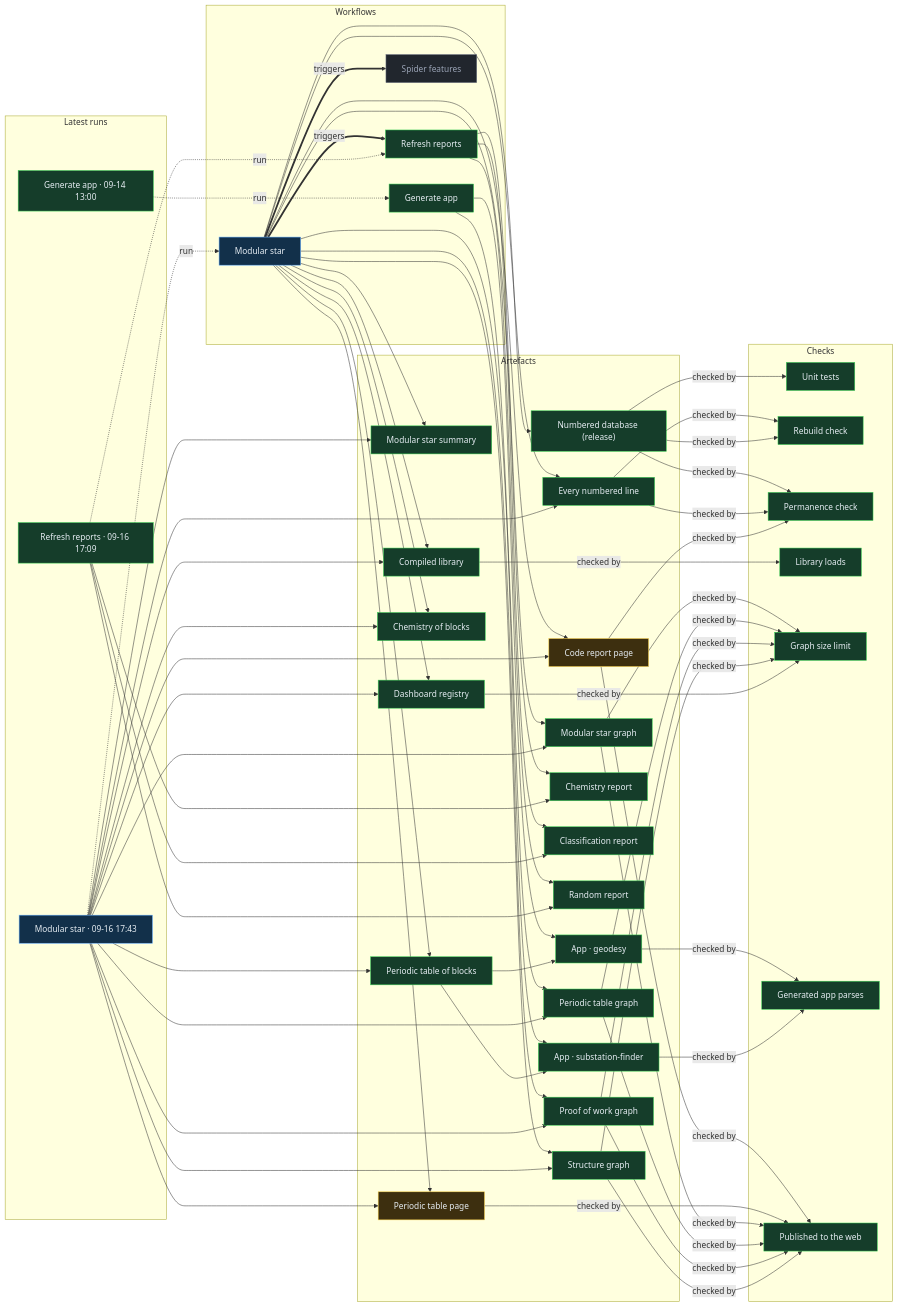
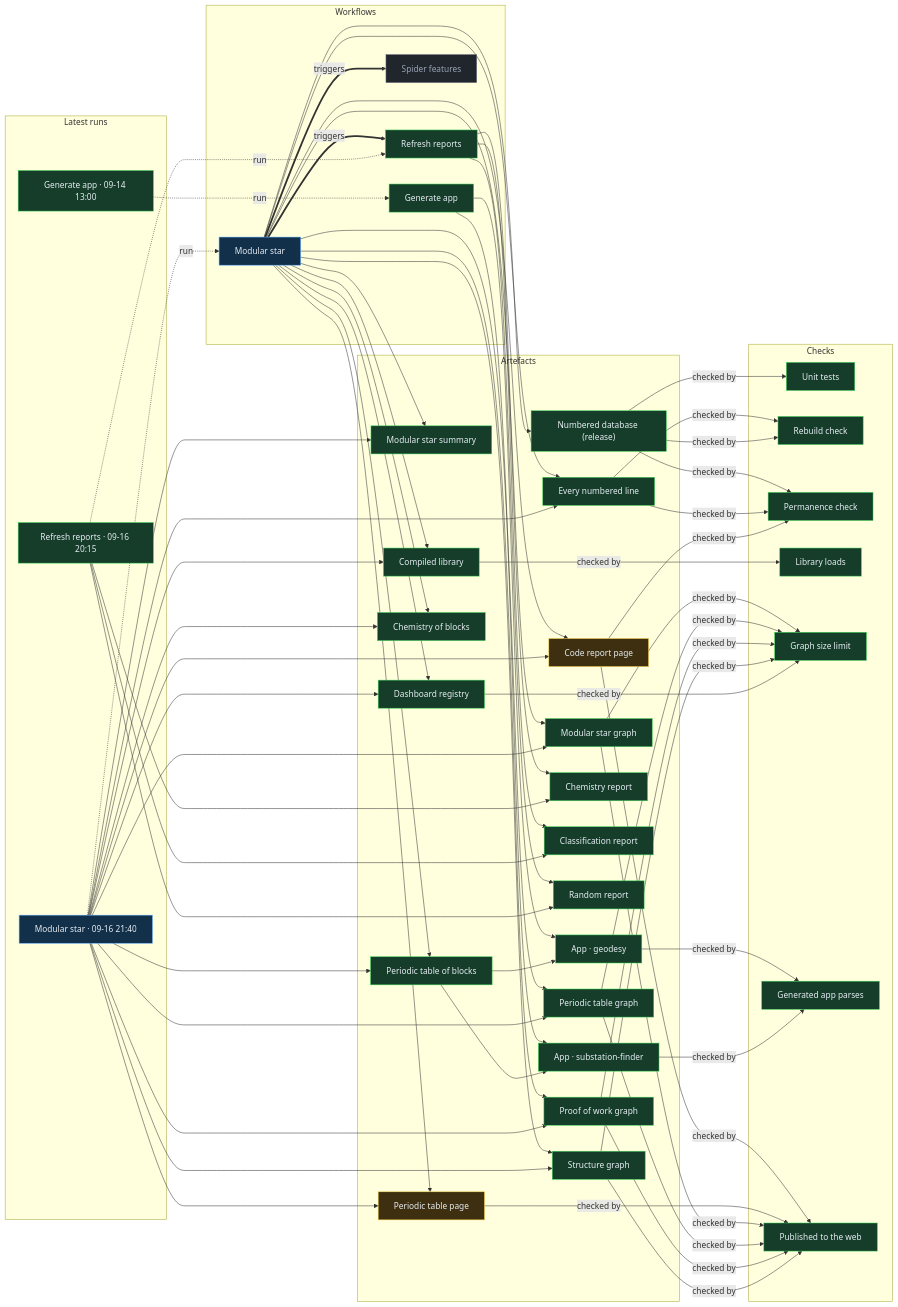
One commit to Ventusltd/stars changed the diagram in proof/PROOF.md. Above: the diagram before and after it, drawn with Mermaid. The commit also changed other lines of this file and 31 other files, not shown here.

Commit message:
Modular star 2026-09-16T21:42Z

```diff
--- a/proof/PROOF.md
+++ b/proof/PROOF.md
@@ -24,8 +24,8 @@
   n_wf_spider_features["Spider features"]:::off
   end
   subgraph g_runs["Latest runs"]
-  n_run_35129934234["Modular star · 09-16 17:43"]:::live
-  n_run_35126406240["Refresh reports · 09-16 17:09"]:::ok
+  n_run_35153685372["Modular star · 09-16 21:40"]:::live
+  n_run_35145508039["Refresh reports · 09-16 20:15"]:::ok
   n_run_34846587798["Generate app · 09-14 13:00"]:::ok
   end
   subgraph g_artefacts["Artefacts"]
@@ -59,39 +59,39 @@
   end
   n_wf_modular_star == triggers ==> n_wf_refresh
   n_wf_modular_star == triggers ==> n_wf_spider_features
-  n_run_35129934234 -. run .-> n_wf_modular_star
-  n_run_35126406240 -. run .-> n_wf_refresh
+  n_run_35153685372 -. run .-> n_wf_modular_star
+  n_run_35145508039 -. run .-> n_wf_refresh
   n_run_34846587798 -. run .-> n_wf_generate
   n_wf_modular_star --> n_art_summary
-  n_run_35129934234 --> n_art_summary
+  n_run_35153685372 --> n_art_summary
   n_wf_modular_star --> n_art_lines
-  n_run_35129934234 --> n_art_lines
+  n_run_35153685372 --> n_art_lines
   n_wf_modular_star --> n_art_code
-  n_run_35129934234 --> n_art_code
+  n_run_35153685372 --> n_art_code
   n_wf_modular_star --> n_art_modular_graph
-  n_run_35129934234 --> n_art_modular_graph
+  n_run_35153685372 --> n_art_modular_graph
   n_wf_modular_star --> n_art_blocks
-  n_run_35129934234 --> n_art_blocks
+  n_run_35153685372 --> n_art_blocks
   n_wf_modular_star --> n_art_table
-  n_run_35129934234 --> n_art_table
+  n_run_35153685372 --> n_art_table
   n_wf_modular_star --> n_art_blocks_graph
-  n_run_35129934234 --> n_art_blocks_graph
+  n_run_35153685372 --> n_art_blocks_graph
   n_wf_modular_star --> n_art_reactions
-  n_run_35129934234 --> n_art_reactions
+  n_run_35153685372 --> n_art_reactions
   n_wf_modular_star --> n_art_library
-  n_run_35129934234 --> n_art_library
+  n_run_35153685372 --> n_art_library
   n_wf_modular_star --> n_art_features
-  n_run_35129934234 --> n_art_features
+  n_run_35153685372 --> n_art_features
   n_wf_modular_star --> n_art_proof
-  n_run_35129934234 --> n_art_proof
+  n_run_35153685372 --> n_art_proof
   n_wf_modular_star --> n_art_structure
-  n_run_35129934234 --> n_art_structure
+  n_run_35153685372 --> n_art_structure
   n_wf_refresh --> n_art_chemistry
-  n_run_35126406240 --> n_art_chemistry
+  n_run_35145508039 --> n_art_chemistry
   n_wf_refresh --> n_art_vedic
-  n_run_35126406240 --> n_art_vedic
+  n_run_35145508039 --> n_art_vedic
   n_wf_refresh --> n_art_random
-  n_run_35126406240 --> n_art_random
+  n_run_35145508039 --> n_art_random
   n_wf_modular_star --> n_art_release
   n_wf_generate --> n_app_geodesy
   n_art_blocks --> n_app_geodesy
```
